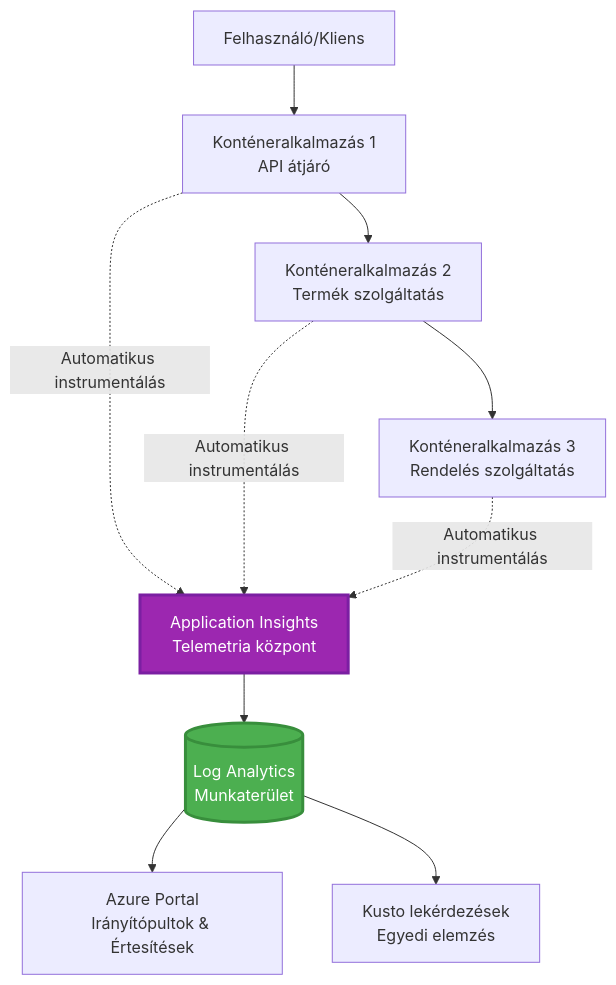
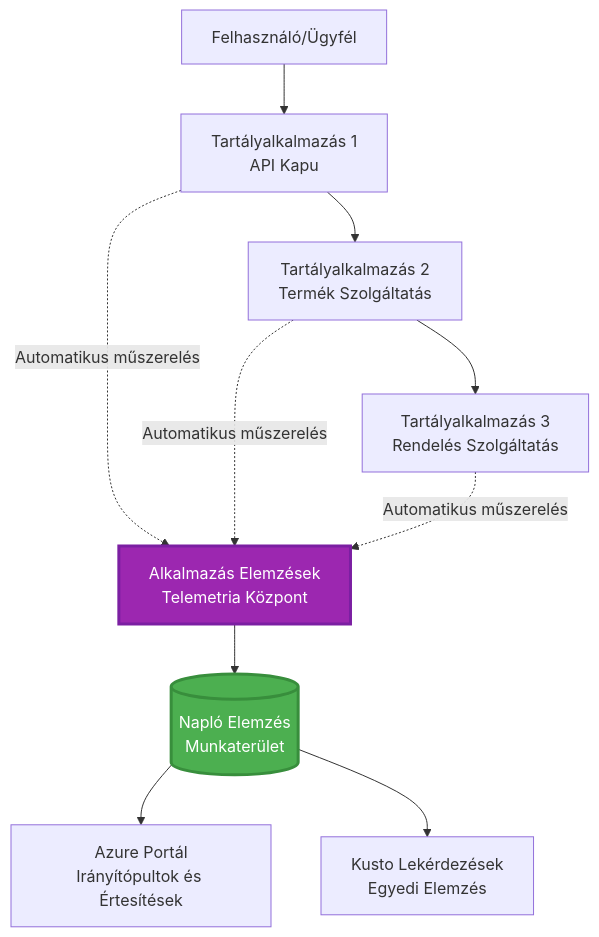
One commit to microsoft/AZD-for-beginners changed the first of 2 diagrams in translations/hu/docs/chapter-06-pre-deployment/application-insights.md. Above: the diagram before and after it, drawn with Mermaid. The commit also changed other lines of this file and 101 other files, not shown here.

````diff
--- a/translations/hu/docs/chapter-06-pre-deployment/application-insights.md
+++ b/translations/hu/docs/chapter-06-pre-deployment/application-insights.md
@@ -58,28 +58,28 @@
 ```mermaid
 graph TB
-    User[Felhasználó/Kliens]
-    App1[Konténeralkalmazás 1<br/>API átjáró]
-    App2[Konténeralkalmazás 2<br/>Termék szolgáltatás]
-    App3[Konténeralkalmazás 3<br/>Rendelés szolgáltatás]
+    User[Felhasználó/Ügyfél]
+    App1[Tartályalkalmazás 1<br/>API Kapu]
+    App2[Tartályalkalmazás 2<br/>Termék Szolgáltatás]
+    App3[Tartályalkalmazás 3<br/>Rendelés Szolgáltatás]
     
-    AppInsights[Application Insights<br/>Telemetria központ]
-    LogAnalytics[(Log Analytics<br/>Munkaterület)]
+    AppInsights[Alkalmazás Elemzések<br/>Telemetria Központ]
+    LogAnalytics[(Napló Elemzés<br/>Munkaterület)]
     
-    Portal[Azure Portal<br/>Irányítópultok & Értesítések]
-    Query[Kusto lekérdezések<br/>Egyedi elemzés]
+    Portal[Azure Portál<br/>Irányítópultok és Értesítések]
+    Query[Kusto Lekérdezések<br/>Egyedi Elemzés]
     
     User --> App1
     App1 --> App2
     App2 --> App3
     
-    App1 -.->|Automatikus instrumentálás| AppInsights
-    App2 -.->|Automatikus instrumentálás| AppInsights
-    App3 -.->|Automatikus instrumentálás| AppInsights
+    App1 -.->|Automatikus műszerelés| AppInsights
+    App2 -.->|Automatikus műszerelés| AppInsights
+    App3 -.->|Automatikus műszerelés| AppInsights
     
     AppInsights --> LogAnalytics
     LogAnalytics --> Portal
     LogAnalytics --> Query
     
     style AppInsights fill:#9C27B0,stroke:#7B1FA2,stroke-width:3px,color:#fff
     style LogAnalytics fill:#4CAF50,stroke:#388E3C,stroke-width:3px,color:#fff
 ```
````
